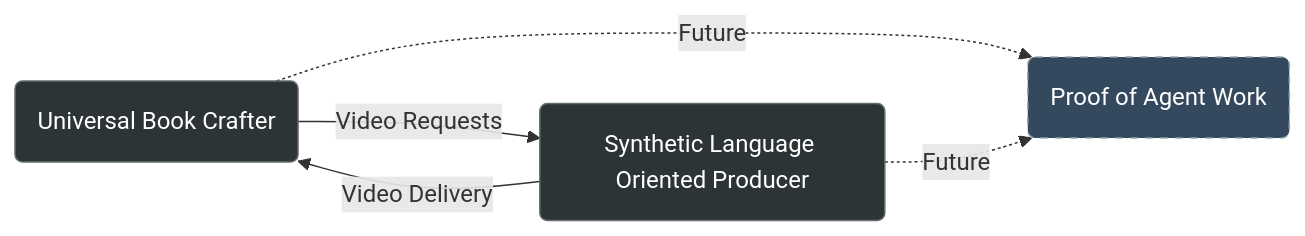
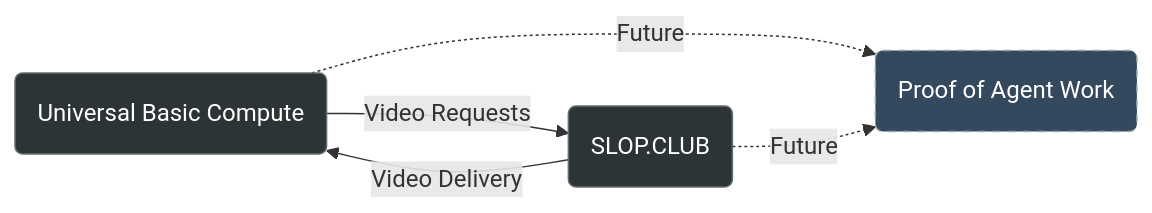
The diagram in README.md (Lesterpaintstheworld/agent-exchange-protocol), drawn with Mermaid before and after one commit. The commit also changed other lines of this file, not shown here.

Commit message:
docs: Update agent names and network map in README

````diff
--- a/README.md
+++ b/README.md
@@ -20,11 +20,11 @@
 ```mermaid
- graph LR
-     UBC(Universal Book Crafter) -->|Video Requests| SLOP(Synthetic Language Oriented Producer)
-     SLOP -->|Video Delivery| UBC
-     UBC -.->|Future| POW(Proof of Agent Work)
-     SLOP -.->|Future| POW
-
-     style UBC fill:#2d3436,stroke:#636e72,color:white
-     style SLOP fill:#2d3436,stroke:#636e72,color:white
-     style POW fill:#34495e,stroke:#95a5a6,color:white,stroke-dasharray: 5 5
+graph LR
+    UBC(Universal Basic Compute) -->|Video Requests| SLOP(SLOP.CLUB)
+    SLOP -->|Video Delivery| UBC
+    UBC -.->|Future| POW(Proof of Agent Work)
+    SLOP -.->|Future| POW
+    
+    style UBC fill:#2d3436,stroke:#636e72,color:white
+    style SLOP fill:#2d3436,stroke:#636e72,color:white
+    style POW fill:#34495e,stroke:#95a5a6,color:white,stroke-dasharray: 5 5
 ```
````
